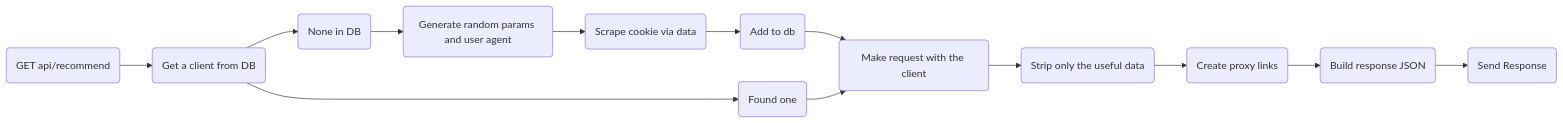
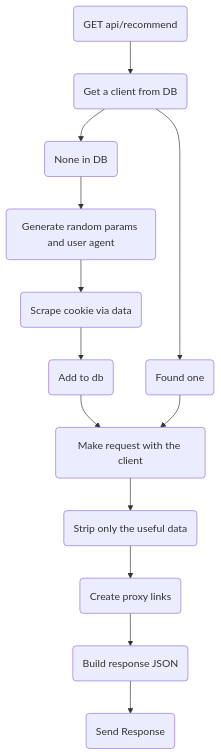
Before and after one commit to berryes/TikTunnel: the diagram in requests.md, drawn with Mermaid.

````diff
--- a/requests.md
+++ b/requests.md
@@ -6,10 +6,10 @@
 ```mermaid
-flowchart LR
+graph TD
     getrecommend(GET api/recommend) --> getClient(Get a client from DB)
     getClient --> noClientInDB(None in DB) --> 
     genRandom(Generate random params and user agent) -->
     scrapeCookie(Scrape cookie via data) --> addDb(Add to db) --> reqWithClient
     getClient --> hasClientInDB(Found one) --> reqWithClient
     reqWithClient(Make request with the client) --> OrganizeData(Strip only the useful data) --> CreateproxyLinks(Create proxy links)
     --> buildJSON(Build response JSON) --> respond(Send Response)
 ```
````
